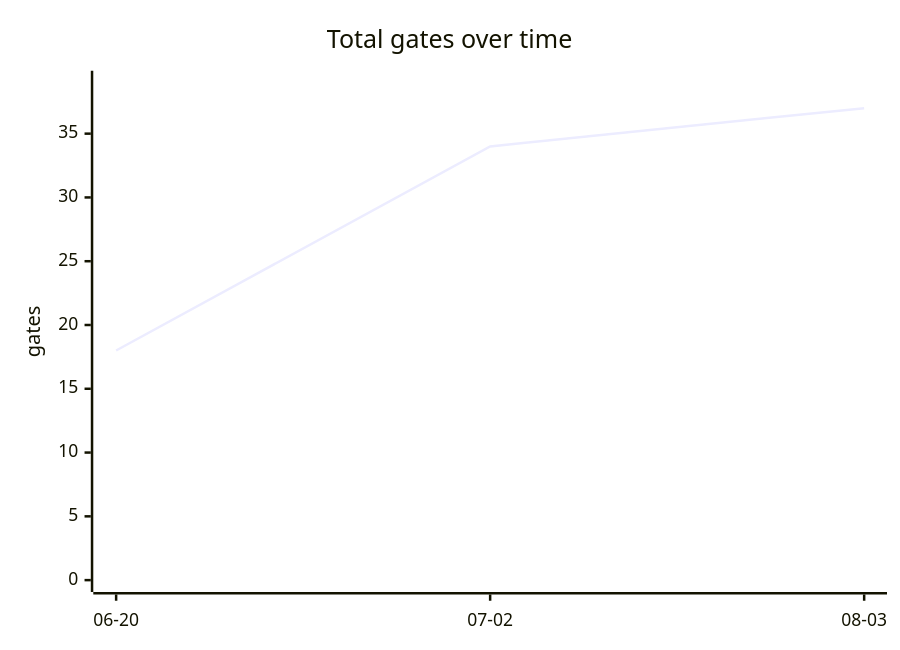
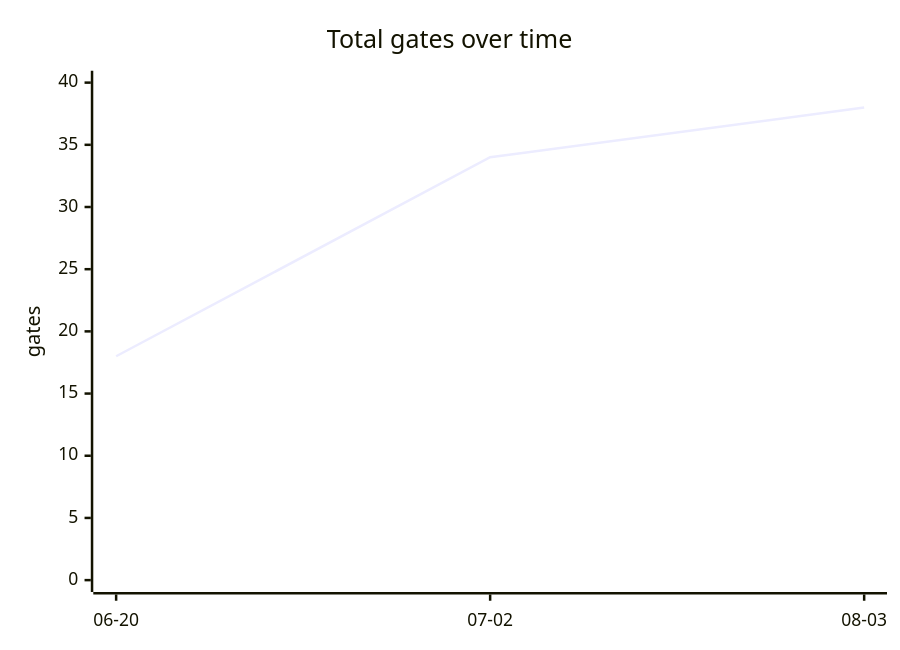
The third of 4 diagrams in docs/harness-status.md (Yos-K/gatecrate), drawn with Mermaid before and after one commit. The commit also changed other lines of this file and 1 other file, not shown here.

````diff
--- a/docs/harness-status.md
+++ b/docs/harness-status.md
@@ -37,7 +37,7 @@
 ```mermaid
 xychart-beta
     title "Total gates over time"
     x-axis ["06-20", "07-02", "08-03"]
-    y-axis "gates" 0 --> 39
-    line [18, 34, 37]
+    y-axis "gates" 0 --> 40
+    line [18, 34, 38]
 ```
````
